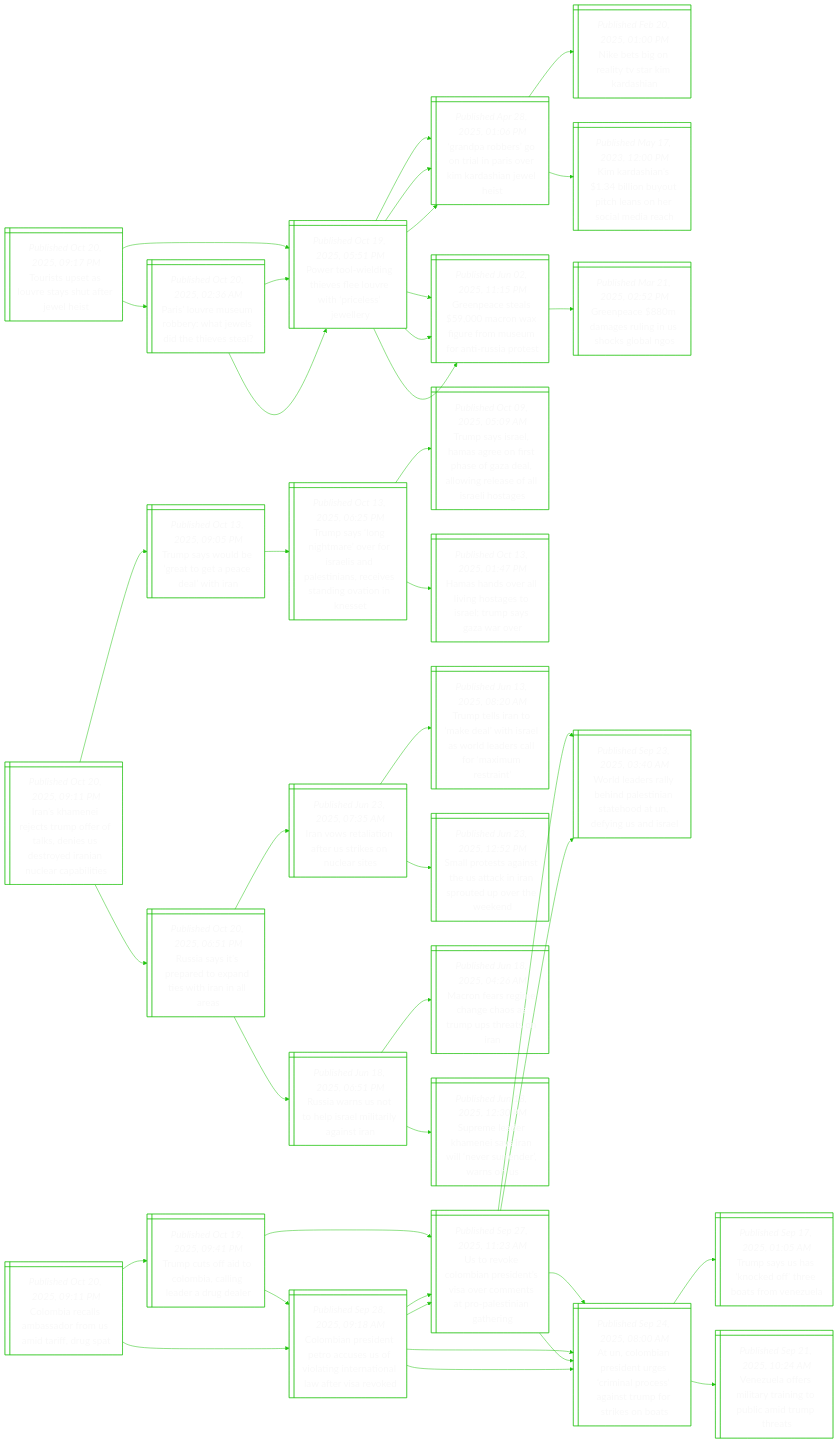
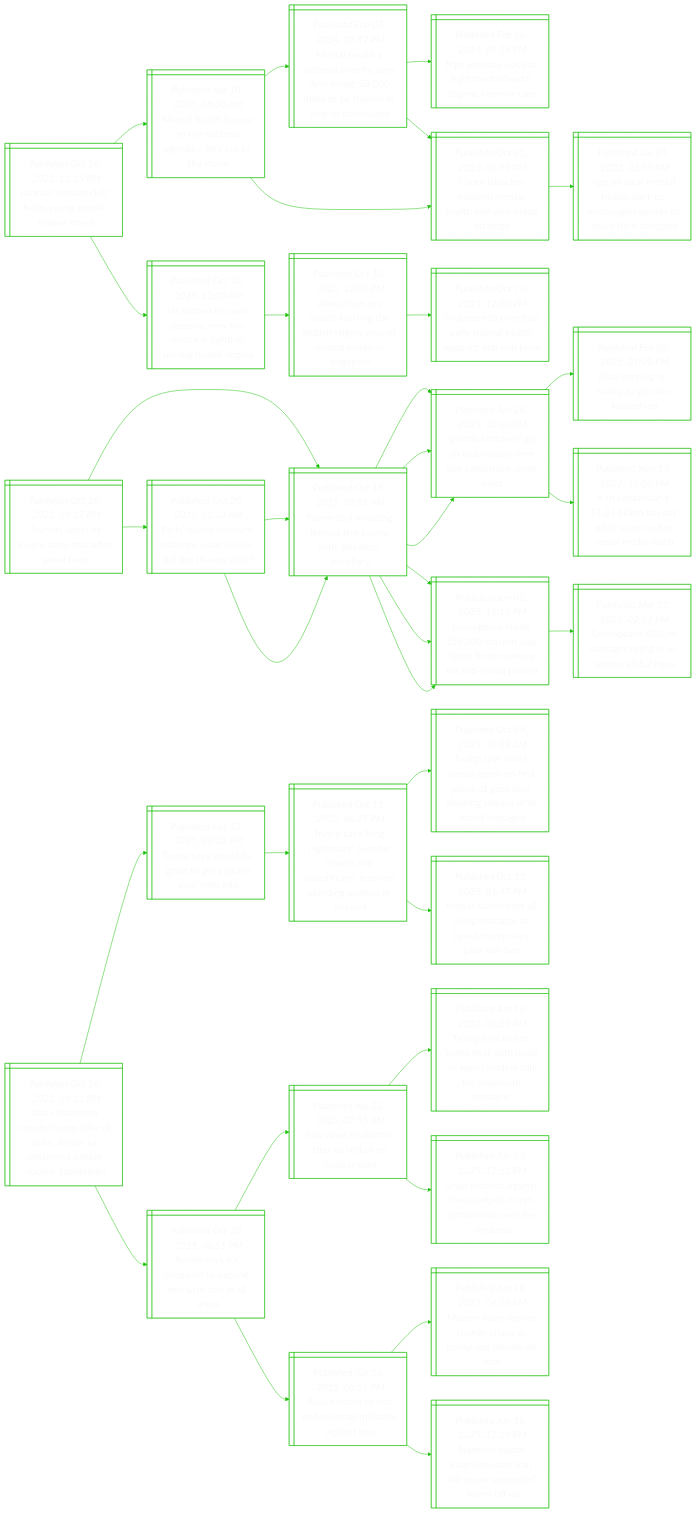
The diagram in README.md (notJmes/notJmes), drawn with Mermaid before and after one commit. The commit also changed other lines of this file, not shown here.

````diff
--- a/README.md
+++ b/README.md
@@ -15,6 +15,37 @@
 %%{init: {'theme':'base', 'themeVariables': {'primaryColor': "transparent", 'primaryTextColor': "#F9F9F9", 'lineColor': "#20C20E", 'primaryBorderColor':'#20C20E'}}}%%
 flowchart LR
 classDef txtsize font-size:20px;
+
+Lnabsglit@{ shape: win-pane, label: "_Published Oct 20, 2025, 11:15 PM_
+London ‘scream club’ helps young people relieve stress" }
+Mltohiaacta@{ shape: win-pane, label: "_Published Jan 10, 2025, 05:00 AM_
+Mental health is now on the national agenda – let’s cut to the chase" }
+MlttlraMmoatpmt@{ shape: win-pane, label: "_Published Feb 07, 2024, 01:47 PM_
+Mental health a national priority, says dpm wong; 28,000 more to be trained to help in community" }
+Mowotalime@{ shape: win-pane, label: "_Published Feb 06, 2024, 09:15 PM_
+Mps propose ways to fight mental health stigma, improve care" }
+Slhtlaldbse@{ shape: win-pane, label: "_Published Oct 05, 2023, 06:30 PM_
+S’pore launches national mental health and well-being strategy" }
+Slhtlaldbse@{ shape: win-pane, label: "_Published Oct 05, 2023, 06:30 PM_
+S’pore launches national mental health and well-being strategy" }
+Almltrnaetrius@{ shape: win-pane, label: "_Published Jun 01, 2023, 02:50 PM_
+App by local mental health start-up encourages people to share their struggles" }
+Htidshcstehhm@{ shape: win-pane, label: "_Published Oct 10, 2025, 12:00 PM_
+He battled his own demons, now this doctor is fighting mental health stigma" }
+VFhcktdtadalSp@{ shape: win-pane, label: "_Published Oct 10, 2025, 12:00 PM_
+Views from the couch: tackling the hidden stigma around mental health in singapore" }
+SporeyalpKh@{ shape: win-pane, label: "_Published Oct 10, 2025, 12:00 PM_
+Singapore to prioritise early mental health support: koh poh koon" }
+
+Lnabsglit:::txtsize --> Mltohiaacta:::txtsize
+Mltohiaacta:::txtsize --> MlttlraMmoatpmt:::txtsize
+MlttlraMmoatpmt:::txtsize --> Mowotalime:::txtsize
+MlttlraMmoatpmt:::txtsize --> Slhtlaldbse:::txtsize
+Mltohiaacta:::txtsize --> Slhtlaldbse:::txtsize
+Slhtlaldbse:::txtsize --> Almltrnaetrius:::txtsize
+Lnabsglit:::txtsize --> Htidshcstehhm:::txtsize
+Htidshcstehhm:::txtsize --> VFhcktdtadalSp:::txtsize
+VFhcktdtadalSp:::txtsize --> SporeyalpKh:::txtsize
 
 TssLesajh@{ shape: win-pane, label: "_Published Oct 20, 2025, 09:17 PM_
 Tourists upset as louvre stays shut after jewel heist" }
@@ -96,50 +127,4 @@
 RastlaliaI:::txtsize --> MnsmnaTuron:::txtsize
 RastlaliaI:::txtsize --> SmdaiIivrenU:::txtsize
 
-CbcasfStfs@{ shape: win-pane, label: "_Published Oct 20, 2025, 09:11 PM_
-Colombia recalls ambassador from us amid tariff, drug spat" }
-Tcftocndra@{ shape: win-pane, label: "_Published Oct 19, 2025, 09:41 PM_
-Trump cuts off aid to colombia, calling leader a drug dealer" }
-UeCbreiemaPtne@{ shape: win-pane, label: "_Published Sep 27, 2025, 11:23 AM_
-Us to revoke colombian president’s visa over comments at pro-palestinian gathering" }
-WlrlilntoUySs@{ shape: win-pane, label: "_Published Sep 23, 2025, 03:40 AM_
-World leaders rally behind palestinian statehood at un, defying us and israel" }
-Aoienempsiroins@{ shape: win-pane, label: "_Published Sep 24, 2025, 08:00 AM_
-At un, colombian president urges ‘criminal process’ against trump for strikes on boats" }
-CbretcUiittlfiv@{ shape: win-pane, label: "_Published Sep 28, 2025, 09:18 AM_
-Colombian president petro accuses us of violating international law after visa revoked" }
-UeCbreiemaPtne@{ shape: win-pane, label: "_Published Sep 27, 2025, 11:23 AM_
-Us to revoke colombian president’s visa over comments at pro-palestinian gathering" }
-Aoienempsiroins@{ shape: win-pane, label: "_Published Sep 24, 2025, 08:00 AM_
-At un, colombian president urges ‘criminal process’ against trump for strikes on boats" }
-CbretcUiittlfiv@{ shape: win-pane, label: "_Published Sep 28, 2025, 09:18 AM_
-Colombian president petro accuses us of violating international law after visa revoked" }
-UeCbreiemaPtne@{ shape: win-pane, label: "_Published Sep 27, 2025, 11:23 AM_
-Us to revoke colombian president’s visa over comments at pro-palestinian gathering" }
-WlrlilntoUySs@{ shape: win-pane, label: "_Published Sep 23, 2025, 03:40 AM_
-World leaders rally behind palestinian statehood at un, defying us and israel" }
-Aoienempsiroins@{ shape: win-pane, label: "_Published Sep 24, 2025, 08:00 AM_
-At un, colombian president urges ‘criminal process’ against trump for strikes on boats" }
-Aoienempsiroins@{ shape: win-pane, label: "_Published Sep 24, 2025, 08:00 AM_
-At un, colombian president urges ‘criminal process’ against trump for strikes on boats" }
-TsSndhornl@{ shape: win-pane, label: "_Published Sep 17, 2025, 01:05 AM_
-Trump says us has ‘knocked off’ three boats from venezuela" }
-Vufmaagbmur@{ shape: win-pane, label: "_Published Sep 21, 2025, 10:24 AM_
-Venezuela offers military training to public amid trump threats" }
-
-CbcasfStfs:::txtsize --> Tcftocndra:::txtsize
-Tcftocndra:::txtsize --> UeCbreiemaPtne:::txtsize
-UeCbreiemaPtne:::txtsize --> WlrlilntoUySs:::txtsize
-UeCbreiemaPtne:::txtsize --> Aoienempsiroins:::txtsize
-Tcftocndra:::txtsize --> CbretcUiittlfiv:::txtsize
-CbretcUiittlfiv:::txtsize --> UeCbreiemaPtne:::txtsize
-CbretcUiittlfiv:::txtsize --> Aoienempsiroins:::txtsize
-CbcasfStfs:::txtsize --> CbretcUiittlfiv:::txtsize
-CbretcUiittlfiv:::txtsize --> UeCbreiemaPtne:::txtsize
-UeCbreiemaPtne:::txtsize --> WlrlilntoUySs:::txtsize
-UeCbreiemaPtne:::txtsize --> Aoienempsiroins:::txtsize
-CbretcUiittlfiv:::txtsize --> Aoienempsiroins:::txtsize
-Aoienempsiroins:::txtsize --> TsSndhornl:::txtsize
-Aoienempsiroins:::txtsize --> Vufmaagbmur:::txtsize
-
 ```
````
